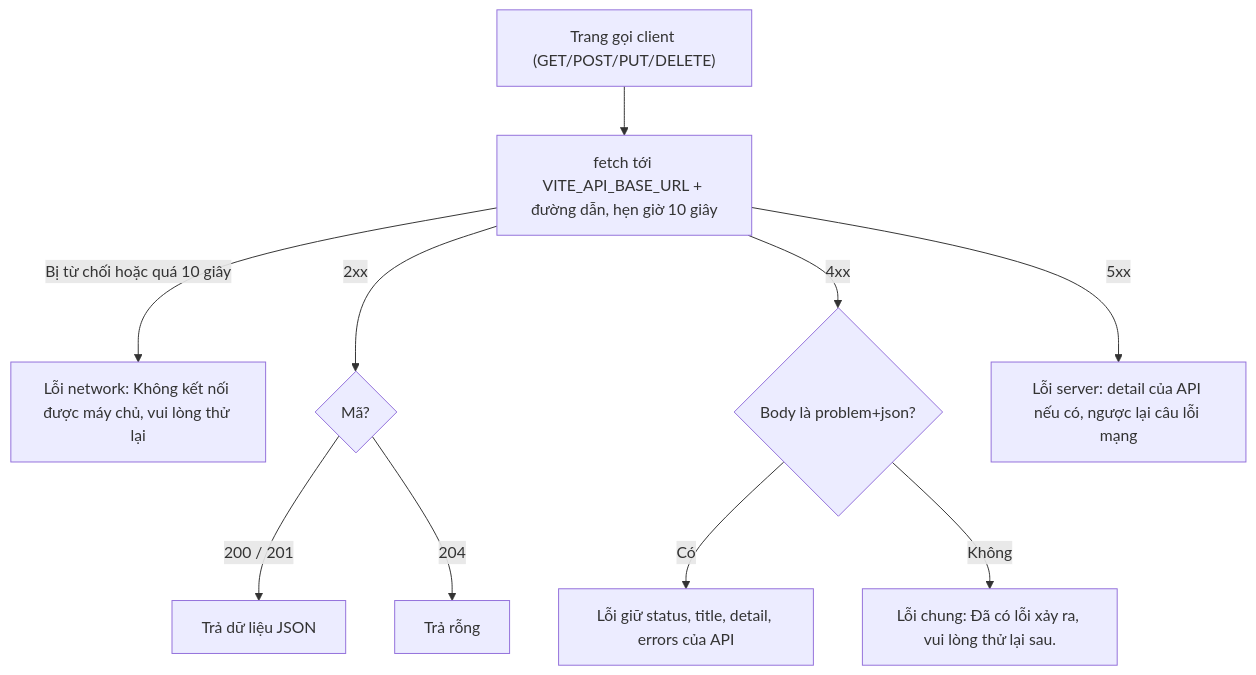
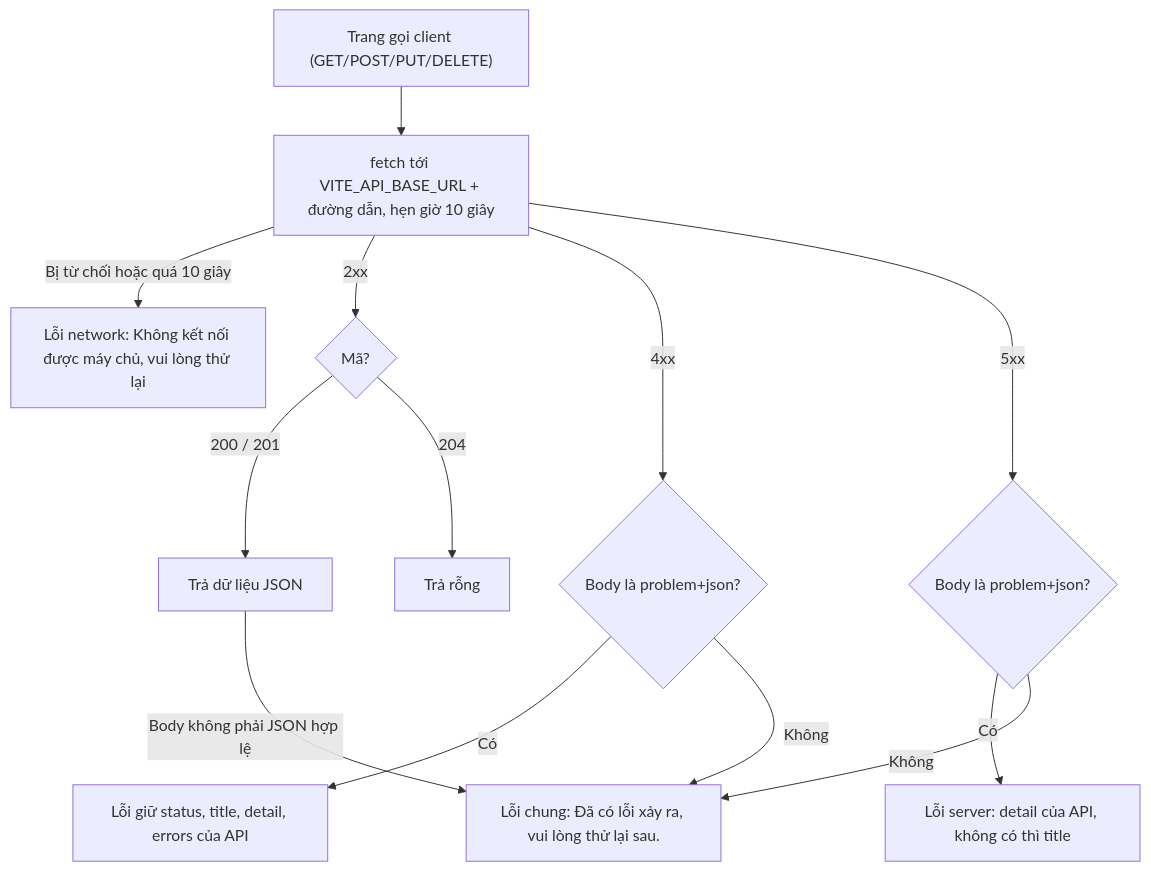
The second of 3 diagrams in aidlc/spaces/default/intents/261030-employee-department-crud/construction/u2-web-shell/functional-design/functional-spec.md (Minnhiep/employee-crud), drawn with Mermaid before and after one commit. The commit also changed other lines of this file and 50 other files, not shown here.

````diff
--- a/aidlc/spaces/default/intents/261030-employee-department-crud/construction/u2-web-shell/functional-design/functional-spec.md
+++ b/aidlc/spaces/default/intents/261030-employee-department-crud/construction/u2-web-shell/functional-design/functional-spec.md
@@ -63,12 +63,15 @@
 ```mermaid
 flowchart TD
     S["Trang gọi client (GET/POST/PUT/DELETE)"] --> T["fetch tới VITE_API_BASE_URL + đường dẫn, hẹn giờ 10 giây"]
     T -->|"Bị từ chối hoặc quá 10 giây"| N["Lỗi network: Không kết nối được máy chủ, vui lòng thử lại"]
     T -->|"2xx"| OK{"Mã?"}
     OK -->|"200 / 201"| J["Trả dữ liệu JSON"]
     OK -->|"204"| E0["Trả rỗng"]
     T -->|"4xx"| P{"Body là problem+json?"}
     P -->|"Có"| C4["Lỗi giữ status, title, detail, errors của API"]
     P -->|"Không"| G["Lỗi chung: Đã có lỗi xảy ra, vui lòng thử lại sau."]
-    T -->|"5xx"| C5["Lỗi server: detail của API nếu có, ngược lại câu lỗi mạng"]
+    T -->|"5xx"| P5{"Body là problem+json?"}
+    P5 -->|"Có"| C5["Lỗi server: detail của API, không có thì title"]
+    P5 -->|"Không"| G
+    J -->|"Body không phải JSON hợp lệ"| G
 ```
````
